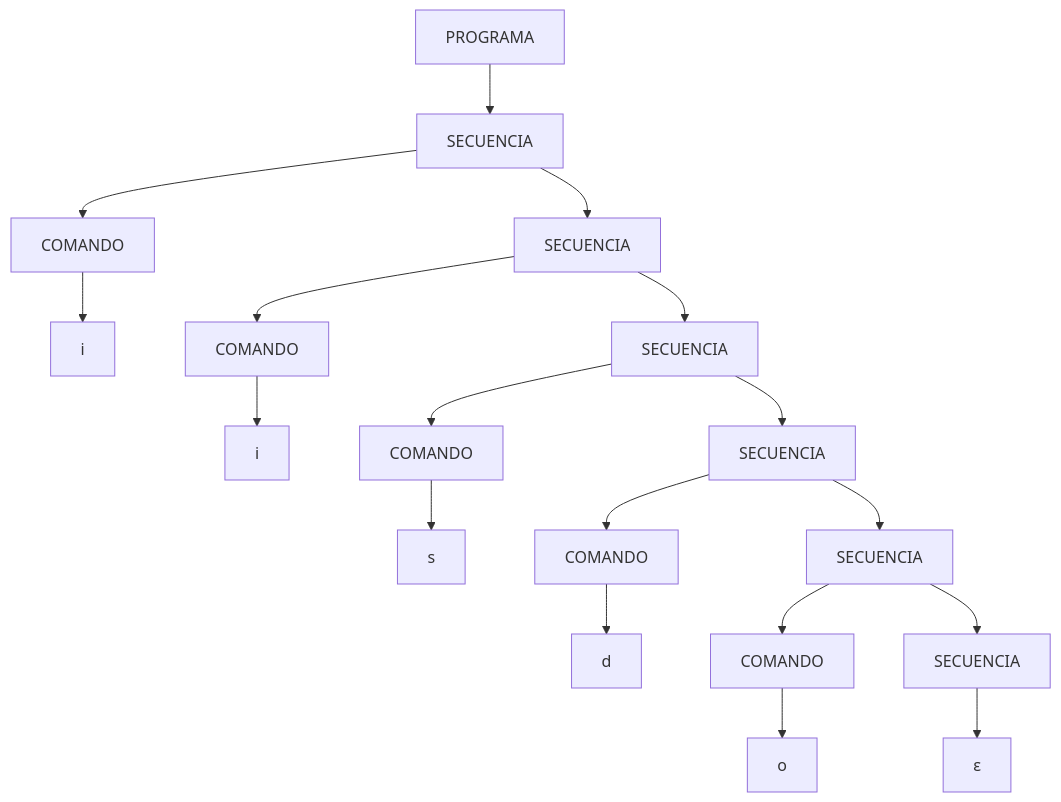
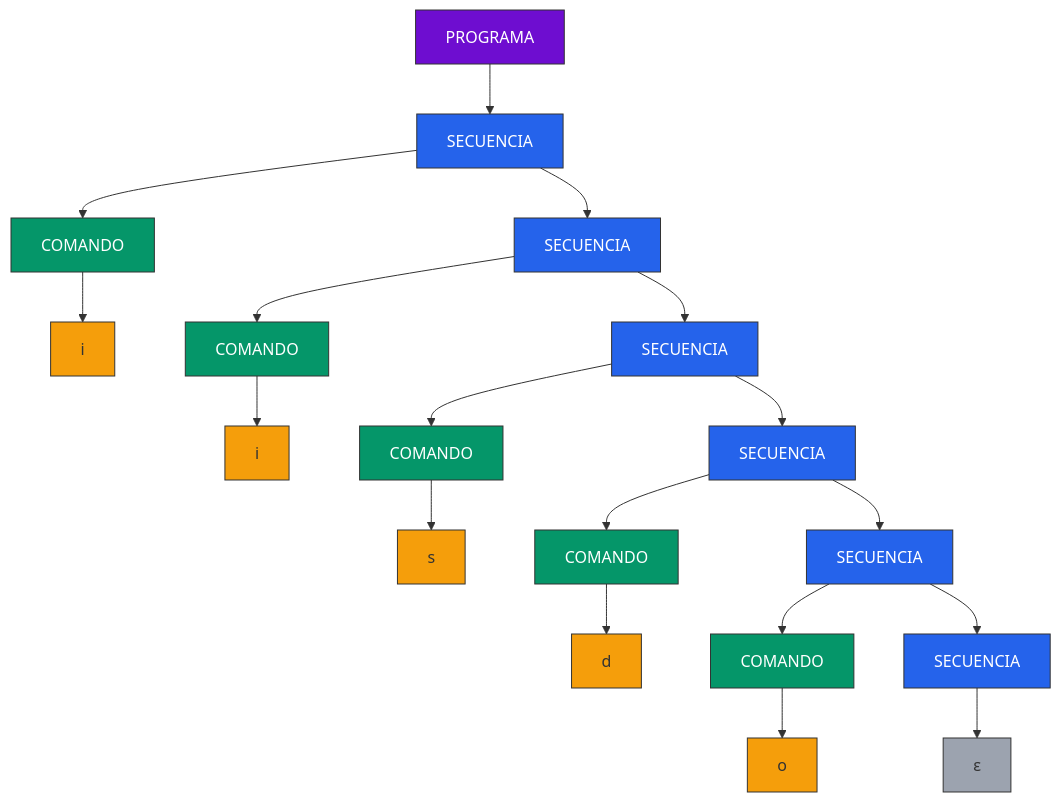
The diagram in TP4.md (jyturrieta/LP), drawn with Mermaid before and after one commit. The commit also changed other lines of this file, not shown here.

````diff
--- a/TP4.md
+++ b/TP4.md
@@ -9,14 +9,22 @@
 ```mermaid
 flowchart TD
-    A[PROGRAMA] --> B[SECUENCIA]
-    B --> C1[COMANDO] --> T1["i"]
-    B --> D1[SECUENCIA]
-    D1 --> C2[COMANDO] --> T2["i"]
-    D1 --> D2[SECUENCIA]
-    D2 --> C3[COMANDO] --> T3["s"]
-    D2 --> D3[SECUENCIA]
-    D3 --> C4[COMANDO] --> T4["d"]
-    D3 --> D4[SECUENCIA]
-    D4 --> C5[COMANDO] --> T5["o"]
-    D4 --> D5[SECUENCIA] --> E[ε]
+    %% Configuración de estilos
+    classDef program fill:#6e0dd0,stroke:#333,color:white
+    classDef sequence fill:#2563eb,stroke:#333,color:white
+    classDef command fill:#059669,stroke:#333,color:white
+    classDef terminal fill:#f59e0b,stroke:#333
+    classDef epsilon fill:#9ca3af,stroke:#333
+
+    %% Árbol de parsing
+    A[PROGRAMA]:::program --> B[SECUENCIA]:::sequence
+    B --> C1[COMANDO]:::command --> T1["i"]:::terminal
+    B --> S1[SECUENCIA]:::sequence
+    S1 --> C2[COMANDO]:::command --> T2["i"]:::terminal
+    S1 --> S2[SECUENCIA]:::sequence
+    S2 --> C3[COMANDO]:::command --> T3["s"]:::terminal
+    S2 --> S3[SECUENCIA]:::sequence
+    S3 --> C4[COMANDO]:::command --> T4["d"]:::terminal
+    S3 --> S4[SECUENCIA]:::sequence
+    S4 --> C5[COMANDO]:::command --> T5["o"]:::terminal
+    S4 --> S5[SECUENCIA]:::sequence --> E[ε]:::epsilon
 ```
````
